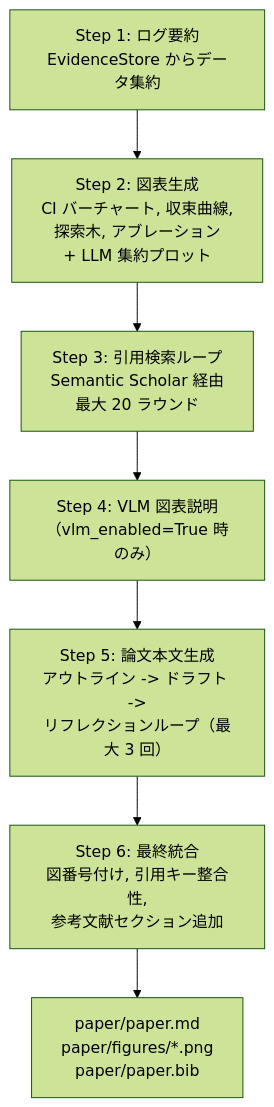
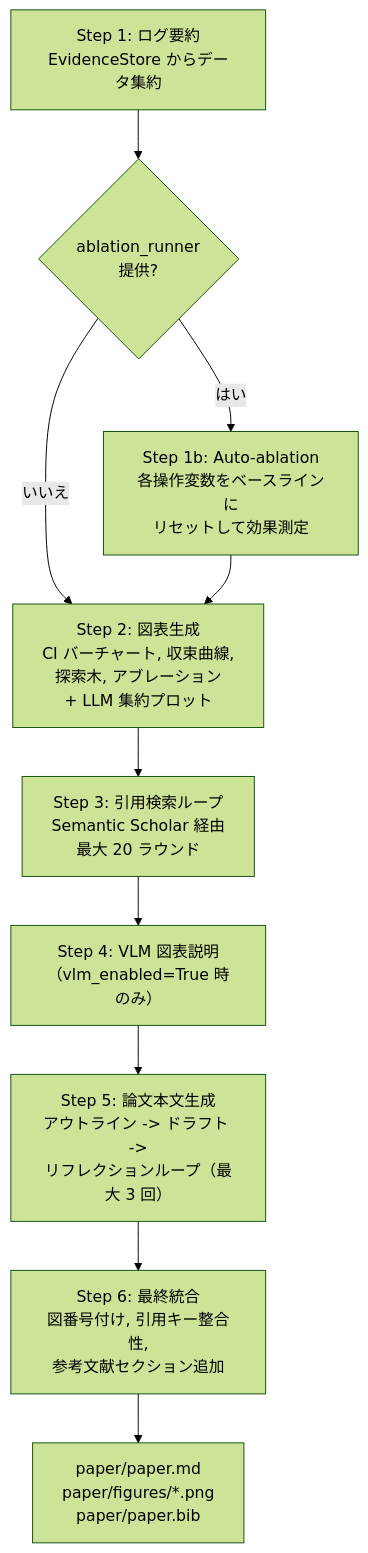
One commit to kotama7/SERA changed diagram 11 of 13 in docs/workflow.md. Above: the diagram before and after it, drawn with Mermaid (forest theme). The commit also changed other lines of this file and 159 other files, not shown here.

````diff
--- a/docs/workflow.md
+++ b/docs/workflow.md
@@ -657,9 +658,12 @@
 ```mermaid
 flowchart TD
-    S1["Step 1: ログ要約<br/>EvidenceStore からデータ集約"] --> S2["Step 2: 図表生成<br/>CI バーチャート, 収束曲線,<br/>探索木, アブレーション<br/>+ LLM 集約プロット"]
+    S1["Step 1: ログ要約<br/>EvidenceStore からデータ集約"] --> S1b{"ablation_runner<br/>提供?"}
+    S1b -->|はい| AB["Step 1b: Auto-ablation<br/>各操作変数をベースラインに<br/>リセットして効果測定"]
+    S1b -->|いいえ| S2
+    AB --> S2["Step 2: 図表生成<br/>CI バーチャート, 収束曲線,<br/>探索木, アブレーション<br/>+ LLM 集約プロット"]
     S2 --> S3["Step 3: 引用検索ループ<br/>Semantic Scholar 経由<br/>最大 20 ラウンド"]
     S3 --> S4["Step 4: VLM 図表説明<br/>（vlm_enabled=True 時のみ）"]
     S4 --> S5["Step 5: 論文本文生成<br/>アウトライン -> ドラフト -><br/>リフレクションループ（最大 3 回）"]
     S5 --> S6["Step 6: 最終統合<br/>図番号付け, 引用キー整合性,<br/>参考文献セクション追加"]
     S6 --> OUT["paper/paper.md<br/>paper/figures/*.png<br/>paper/paper.bib"]
 ```
````
